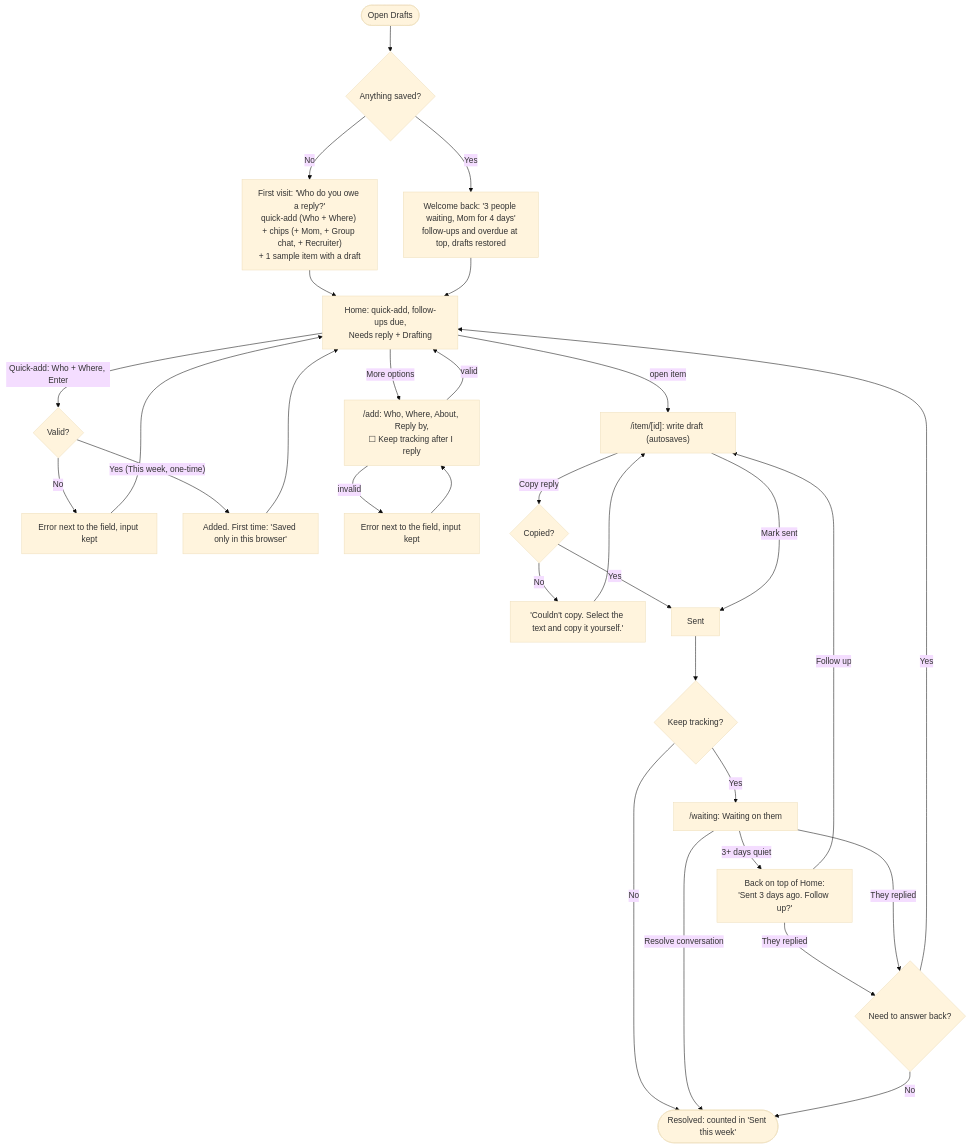
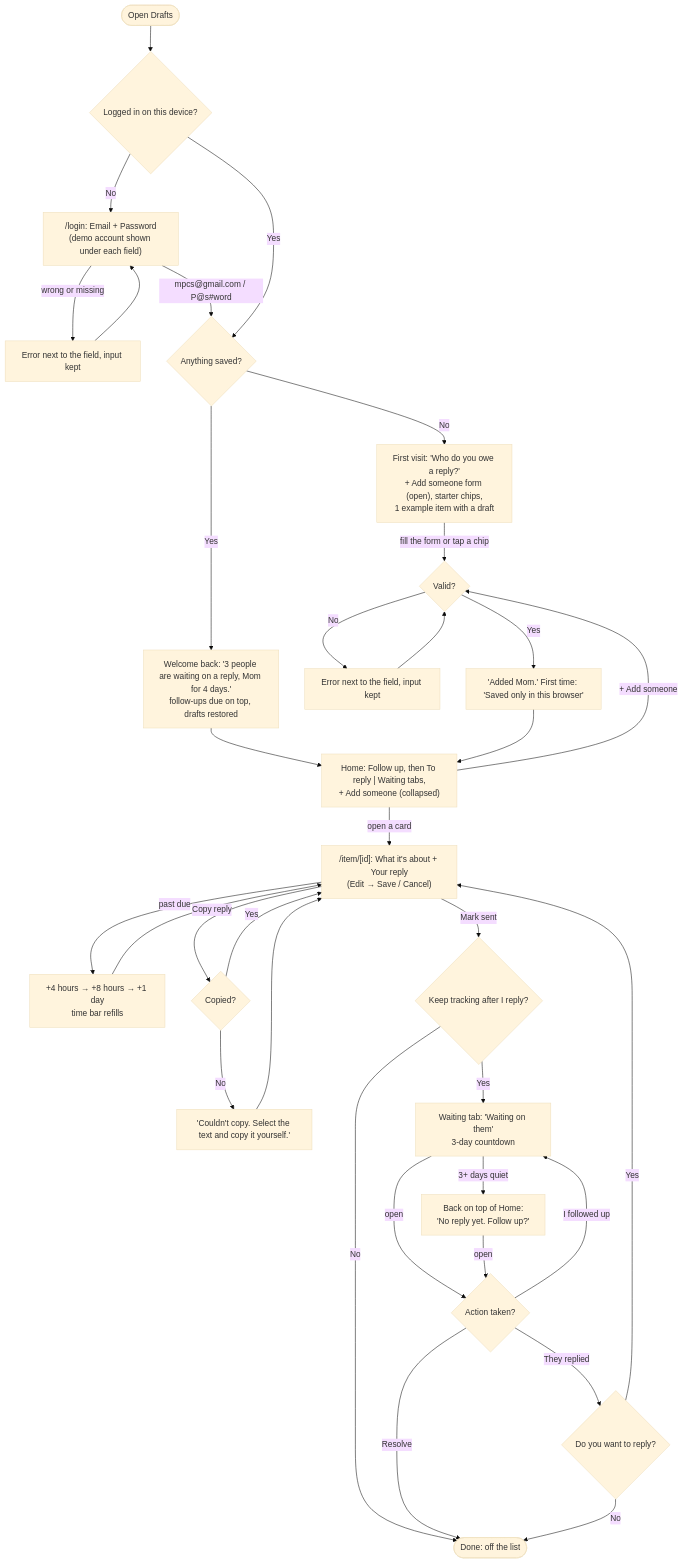
One commit to jdaguas/dbs-w3 changed the diagram in README.md. Above: the diagram before and after it, drawn with Mermaid (base theme). The commit also changed other lines of this file, not shown here.

````diff
--- a/README.md
+++ b/README.md
@@ -18,31 +23,35 @@
 ```mermaid
 flowchart TD
-  Open([Open Drafts]) --> Saved{Anything saved?}
-  Saved -- No --> First["First visit: 'Who do you owe a reply?'<br/>quick-add (Who + Where) + chips (+ Mom, + Group chat, + Recruiter)<br/>+ 1 sample item with a draft"]
-  Saved -- Yes --> Back["Welcome back: '3 people waiting, Mom for 4 days'<br/>follow-ups and overdue at top, drafts restored"]
-  First --> List
-  Back --> List
+  Open([Open Drafts]) --> Login{Logged in on this device?}
+  Login -- No --> LoginPage["/login: Email + Password<br/>(demo account shown under each field)"]
+  LoginPage -- "wrong or missing" --> LoginErr["Error next to the field, input kept"] --> LoginPage
+  LoginPage -- "mpcs@gmail.com / P@s#word" --> Saved
+  Login -- Yes --> Saved{Anything saved?}
 
-  List["Home: quick-add, follow-ups due,<br/>Needs reply + Drafting"] -- "Quick-add: Who + Where, Enter" --> QCheck{Valid?}
-  QCheck -- No --> QErr["Error next to the field, input kept"] --> List
-  QCheck -- "Yes (This week, one-time)" --> Toast["Added. First time: 'Saved only in this browser'"] --> List
-  List -- "More options" --> Form["/add: Who, Where, About, Reply by,<br/>☐ Keep tracking after I reply"]
-  Form -- invalid --> Err["Error next to the field, input kept"] --> Form
-  Form -- valid --> List
+  Saved -- No --> First["First visit: 'Who do you owe a reply?'<br/>+ Add someone form (open), starter chips,<br/>1 example item with a draft"]
+  Saved -- Yes --> Back["Welcome back: '3 people are waiting on a reply, Mom for 4 days.'<br/>follow-ups due on top, drafts restored"]
+  First -- "fill the form or tap a chip" --> Check
+  Back --> Home
 
-  List -- open item --> Item["/item/[id]: write draft (autosaves)"]
+  Home["Home: Follow up, then To reply | Waiting tabs,<br/>+ Add someone (collapsed)"] -- "+ Add someone" --> Check{Valid?}
+  Check -- No --> Err["Error next to the field, input kept"] --> Check
+  Check -- Yes --> Added["'Added Mom.' First time: 'Saved only in this browser'"] --> Home
+
+  Home -- open a card --> Item["/item/[id]: What it's about + Your reply<br/>(Edit → Save / Cancel)"]
+  Item -- "past due" --> Boost["+4 hours → +8 hours → +1 day<br/>time bar refills"] --> Item
   Item -- Copy reply --> Copied{Copied?}
   Copied -- No --> CopyErr["'Couldn't copy. Select the text and copy it yourself.'"] --> Item
-  Copied -- Yes --> Sent
-  Item -- Mark sent --> Sent["Sent"]
-  Sent --> Kind{Keep tracking?}
-  Kind -- No --> Done([Resolved: counted in 'Sent this week'])
-  Kind -- Yes --> Waiting["/waiting: Waiting on them"]
-  Waiting -- Resolve conversation --> Done
-  Waiting -- "3+ days quiet" --> Nudge["Back on top of Home:<br/>'Sent 3 days ago. Follow up?'"]
-  Nudge -- Follow up --> Item
-  Nudge -- They replied --> Reply{Need to answer back?}
-  Waiting -- They replied --> Reply
-  Reply -- Yes --> List
+  Copied -- Yes --> Item
+  Item -- Mark sent --> Kind{Keep tracking after I reply?}
+  Kind -- No --> Done([Done: off the list])
+  Kind -- Yes --> Waiting["Waiting tab: 'Waiting on them'<br/>3-day countdown"]
+
+  Waiting -- "3+ days quiet" --> Nudge["Back on top of Home:<br/>'No reply yet. Follow up?'"]
+  Waiting -- open --> Action{Action taken?}
+  Nudge -- open --> Action
+  Action -- "I followed up" --> Waiting
+  Action -- "They replied" --> Reply{Do you want to reply?}
+  Action -- Resolve --> Done
+  Reply -- Yes --> Item
   Reply -- No --> Done
 ```
````
